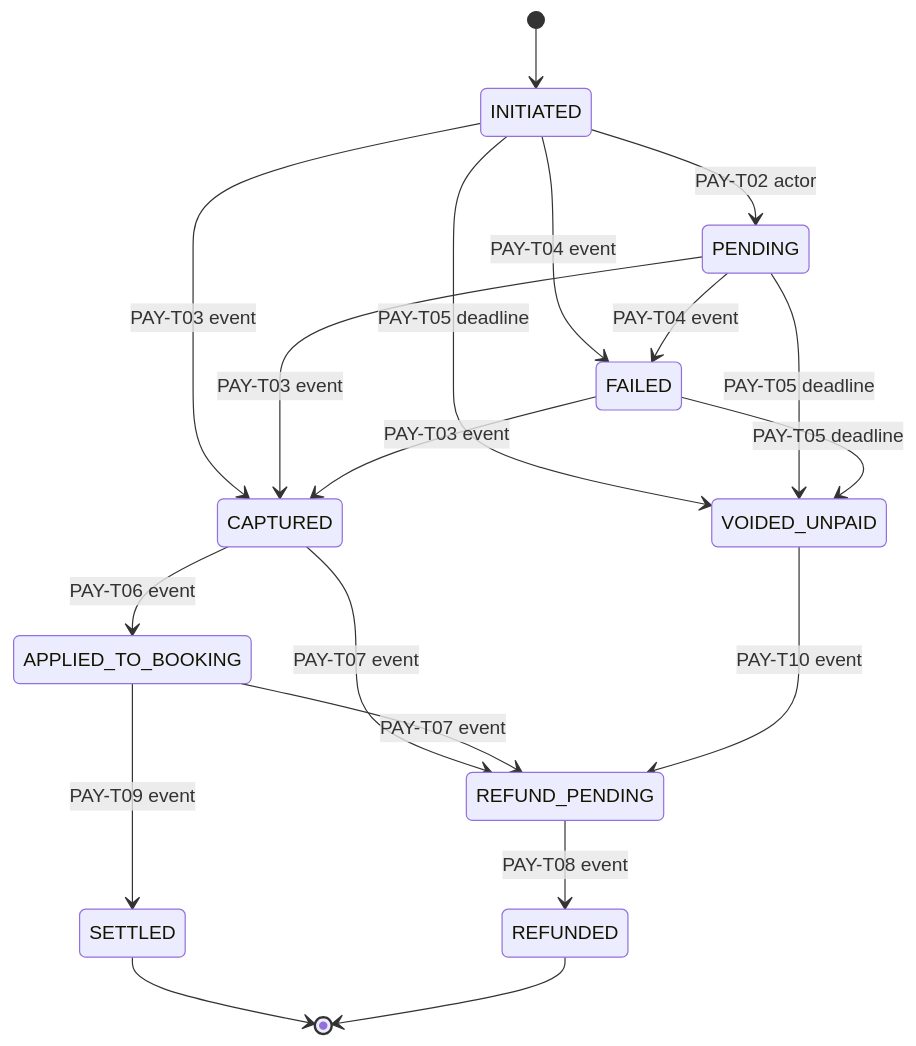
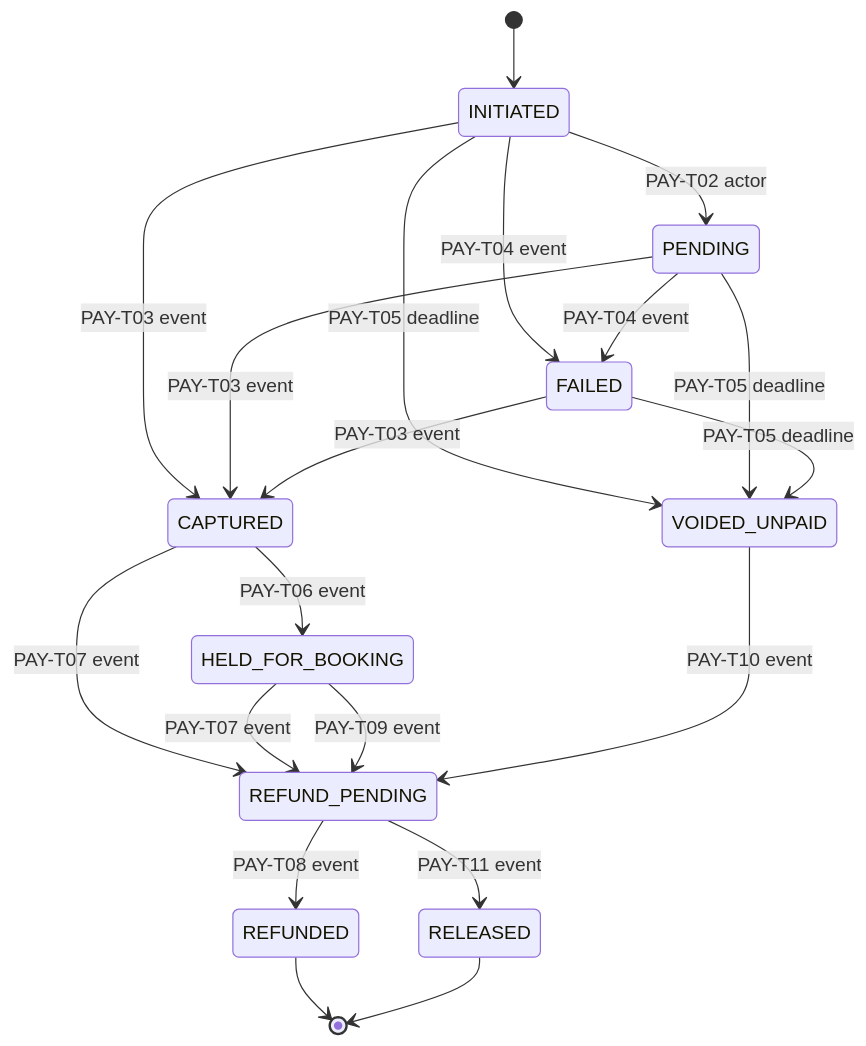
One commit to sohans1092004/convoy changed the seventh of 9 diagrams in docs/rules/state-machines/README.md. Above: the diagram before and after it, drawn with Mermaid. The commit also changed other lines of this file and 37 other files, not shown here.

````diff
--- a/docs/rules/state-machines/README.md
+++ b/docs/rules/state-machines/README.md
@@ -405,21 +419,22 @@
 ```mermaid
 stateDiagram-v2
     [*] --> INITIATED
     INITIATED --> PENDING : PAY-T02 actor
     INITIATED --> CAPTURED : PAY-T03 event
     PENDING --> CAPTURED : PAY-T03 event
     FAILED --> CAPTURED : PAY-T03 event
     INITIATED --> FAILED : PAY-T04 event
     PENDING --> FAILED : PAY-T04 event
     INITIATED --> VOIDED_UNPAID : PAY-T05 deadline
     PENDING --> VOIDED_UNPAID : PAY-T05 deadline
     FAILED --> VOIDED_UNPAID : PAY-T05 deadline
-    CAPTURED --> APPLIED_TO_BOOKING : PAY-T06 event
+    CAPTURED --> HELD_FOR_BOOKING : PAY-T06 event
     CAPTURED --> REFUND_PENDING : PAY-T07 event
-    APPLIED_TO_BOOKING --> REFUND_PENDING : PAY-T07 event
+    HELD_FOR_BOOKING --> REFUND_PENDING : PAY-T07 event
     REFUND_PENDING --> REFUNDED : PAY-T08 event
-    APPLIED_TO_BOOKING --> SETTLED : PAY-T09 event
+    HELD_FOR_BOOKING --> REFUND_PENDING : PAY-T09 event
     VOIDED_UNPAID --> REFUND_PENDING : PAY-T10 event
-    SETTLED --> [*]
+    REFUND_PENDING --> RELEASED : PAY-T11 event
     REFUNDED --> [*]
+    RELEASED --> [*]
 ```
````
